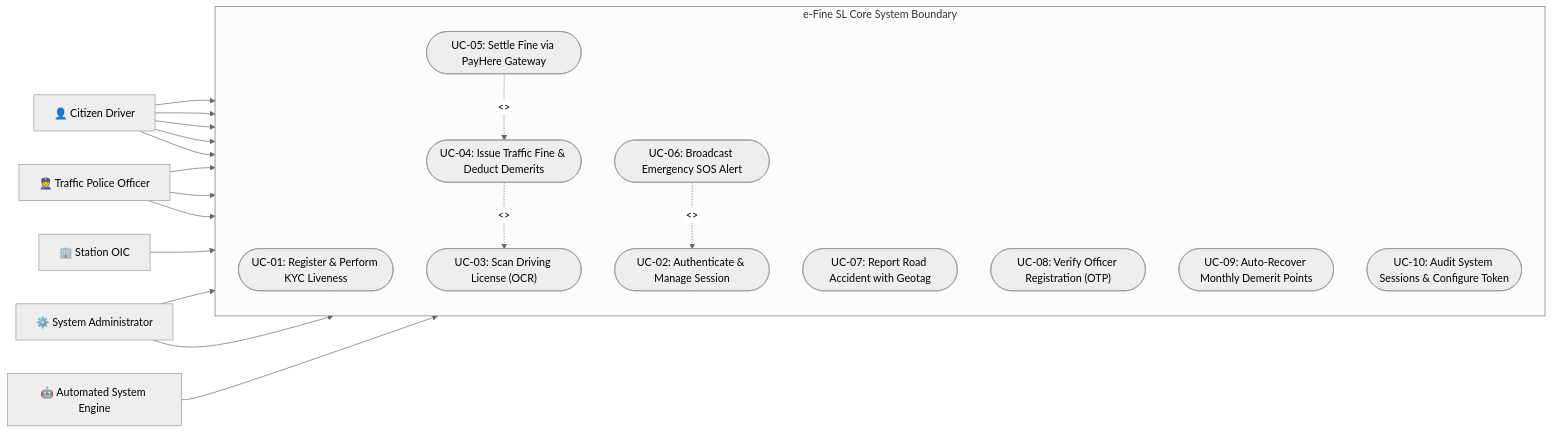
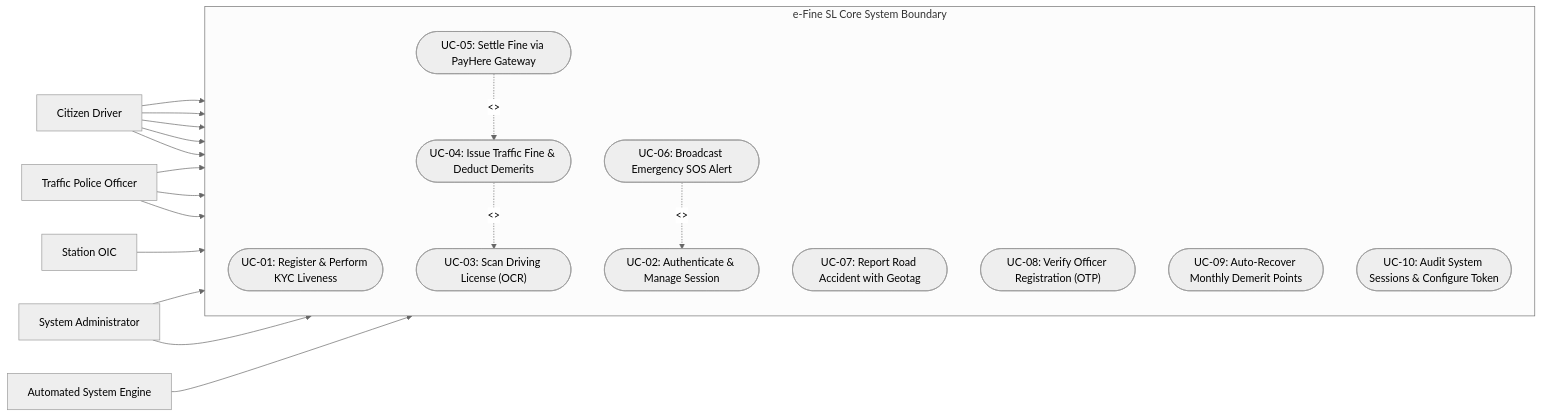
The second of 11 diagrams in README.md (e-fine-sl/e-fine-sl-traffic-management), drawn with Mermaid (neutral theme) before and after one commit. The commit also changed other lines of this file, not shown here.

Commit message:
fix(docs): fix Mermaid High-Level Architecture diagram syntax and remove emojis from diagrams

````diff
--- a/README.md
+++ b/README.md
@@ -133,43 +139,43 @@
 ```mermaid
 flowchart LR
     subgraph Boundary ["e-Fine SL Core System Boundary"]
         direction TB
         UC1(["UC-01: Register & Perform KYC Liveness"])
         UC2(["UC-02: Authenticate & Manage Session"])
         UC3(["UC-03: Scan Driving License (OCR)"])
         UC4(["UC-04: Issue Traffic Fine & Deduct Demerits"])
         UC5(["UC-05: Settle Fine via PayHere Gateway"])
         UC6(["UC-06: Broadcast Emergency SOS Alert"])
         UC7(["UC-07: Report Road Accident with Geotag"])
         UC8(["UC-08: Verify Officer Registration (OTP)"])
         UC9(["UC-09: Auto-Recover Monthly Demerit Points"])
         UC10(["UC-10: Audit System Sessions & Configure Token"])
     end
 
-    CitizenDriver["👤 Citizen Driver"]
-    TrafficOfficer["👮 Traffic Police Officer"]
-    StationOIC["🏢 Station OIC"]
-    SystemAdmin["⚙️ System Administrator"]
-    CronEngine["🤖 Automated System Engine"]
+    CitizenDriver["Citizen Driver"]
+    TrafficOfficer["Traffic Police Officer"]
+    StationOIC["Station OIC"]
+    SystemAdmin["System Administrator"]
+    CronEngine["Automated System Engine"]
 
     CitizenDriver --> UC1
     CitizenDriver --> UC2
     CitizenDriver --> UC5
     CitizenDriver --> UC6
     CitizenDriver --> UC7
 
     TrafficOfficer --> UC2
     TrafficOfficer --> UC3
     TrafficOfficer --> UC4
 
     StationOIC --> UC8
 
     SystemAdmin --> UC2
     SystemAdmin --> UC10
 
     CronEngine --> UC9
 
     UC4 -. "<<include>>" .-> UC3
     UC5 -. "<<extends>>" .-> UC4
     UC6 -. "<<include>>" .-> UC2
 ```
````
